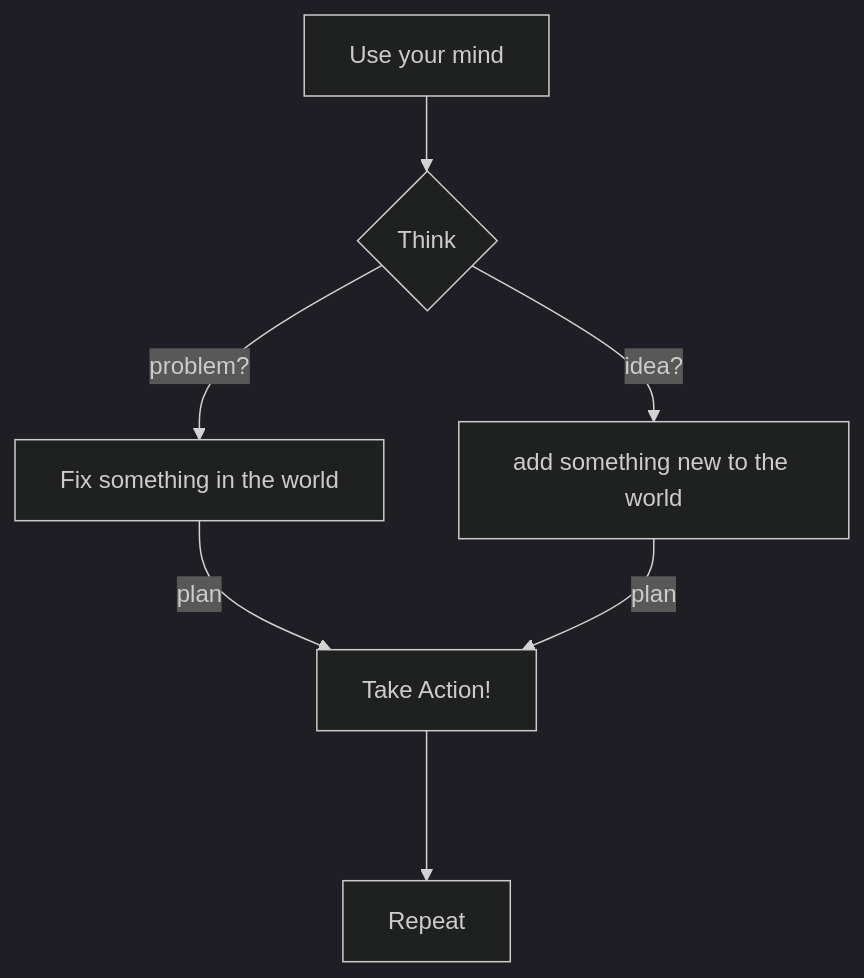
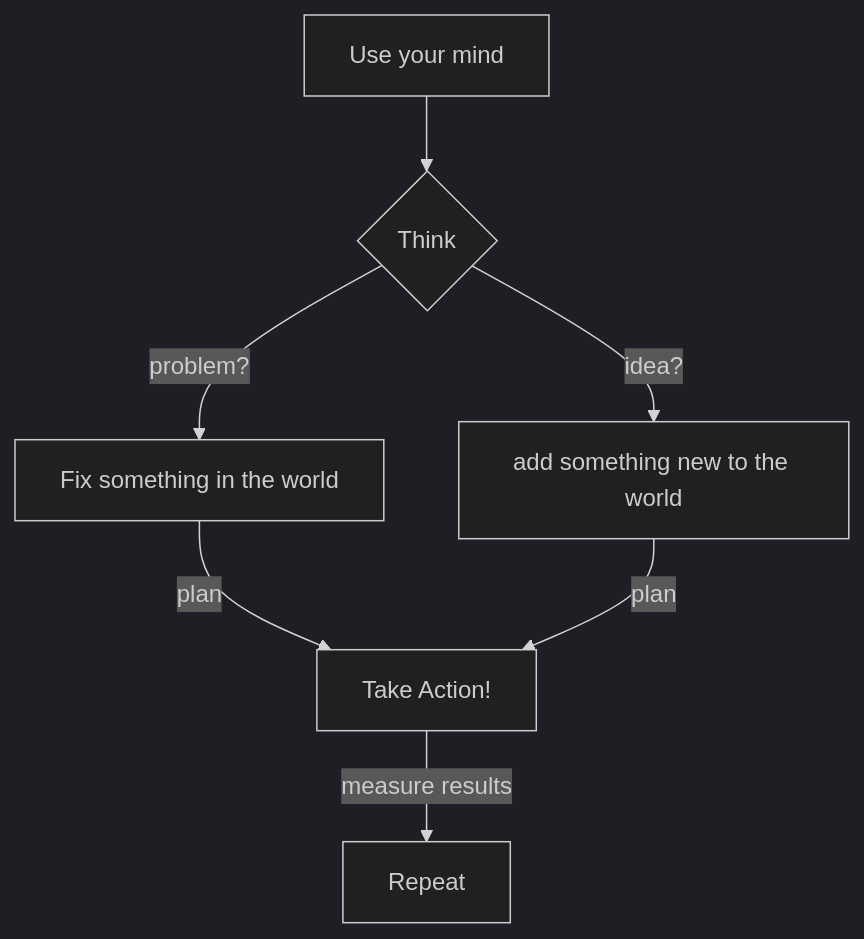
One commit to Keon-Jukes/Keon-Jukes changed the diagram in README.md. Above: the diagram before and after it, drawn with Mermaid (dark theme).

````diff
--- a/README.md
+++ b/README.md
@@ -38,9 +38,9 @@
 ```mermaid
   graph TD;
       A[Use your mind]--> B{Think};
       B--problem?--> C[Fix something in the world];
       B--idea? --> D[add something new to the world];
       C--plan--> E[Take Action!];
       D--plan--> E[Take Action!];
-      E---> F[Repeat]
+      E--measure results--> F[Repeat]
 ```
````
